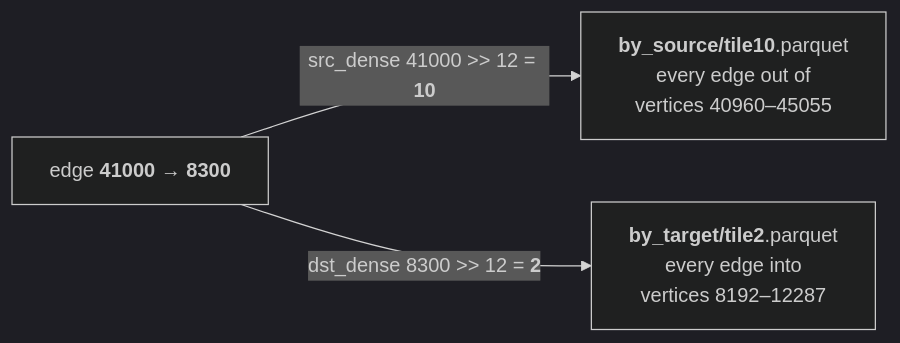
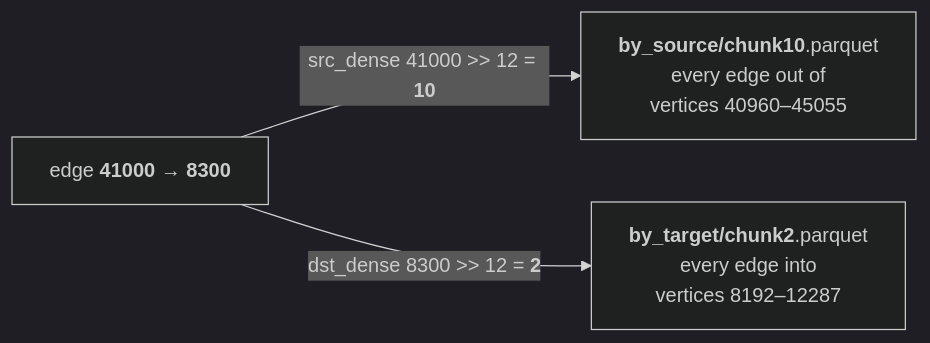
The first of 2 diagrams in apps/docs/content/docs/format/conventions/adjacency.mdx (Kanzo-Tech/fossil-lang), drawn with Mermaid (dark theme) before and after one commit. The commit also changed other lines of this file and 6 other files, not shown here.

````diff
--- a/apps/docs/content/docs/format/conventions/adjacency.mdx
+++ b/apps/docs/content/docs/format/conventions/adjacency.mdx
@@ -51,6 +51,6 @@
 ```mermaid
 graph LR
   E["edge <b>41000 → 8300</b>"]
-  E -->|"src_dense 41000 >> 12 = <b>10</b>"| S["<b>by_source/tile10</b>.parquet<br/>every edge out of<br/>vertices 40960–45055"]
-  E -->|"dst_dense 8300 >> 12 = <b>2</b>"| T["<b>by_target/tile2</b>.parquet<br/>every edge into<br/>vertices 8192–12287"]
+  E -->|"src_dense 41000 >> 12 = <b>10</b>"| S["<b>by_source/chunk10</b>.parquet<br/>every edge out of<br/>vertices 40960–45055"]
+  E -->|"dst_dense 8300 >> 12 = <b>2</b>"| T["<b>by_target/chunk2</b>.parquet<br/>every edge into<br/>vertices 8192–12287"]
 ```
````
